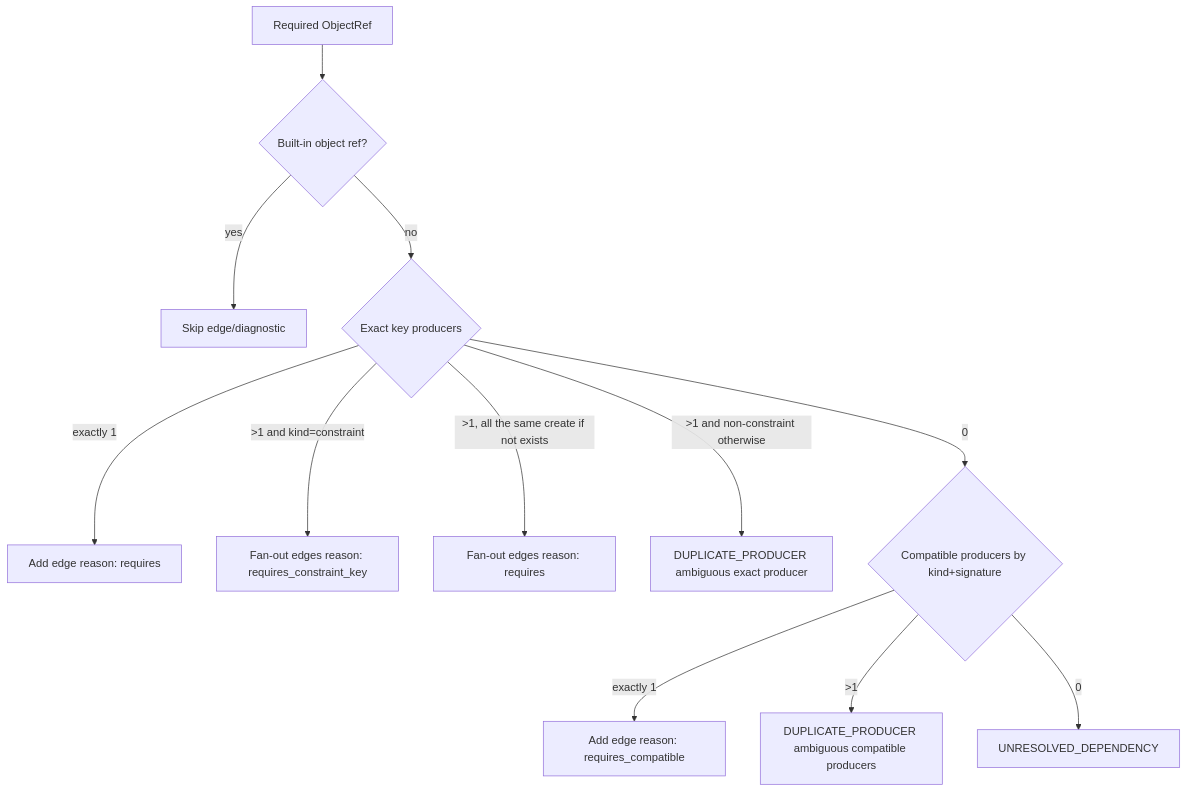
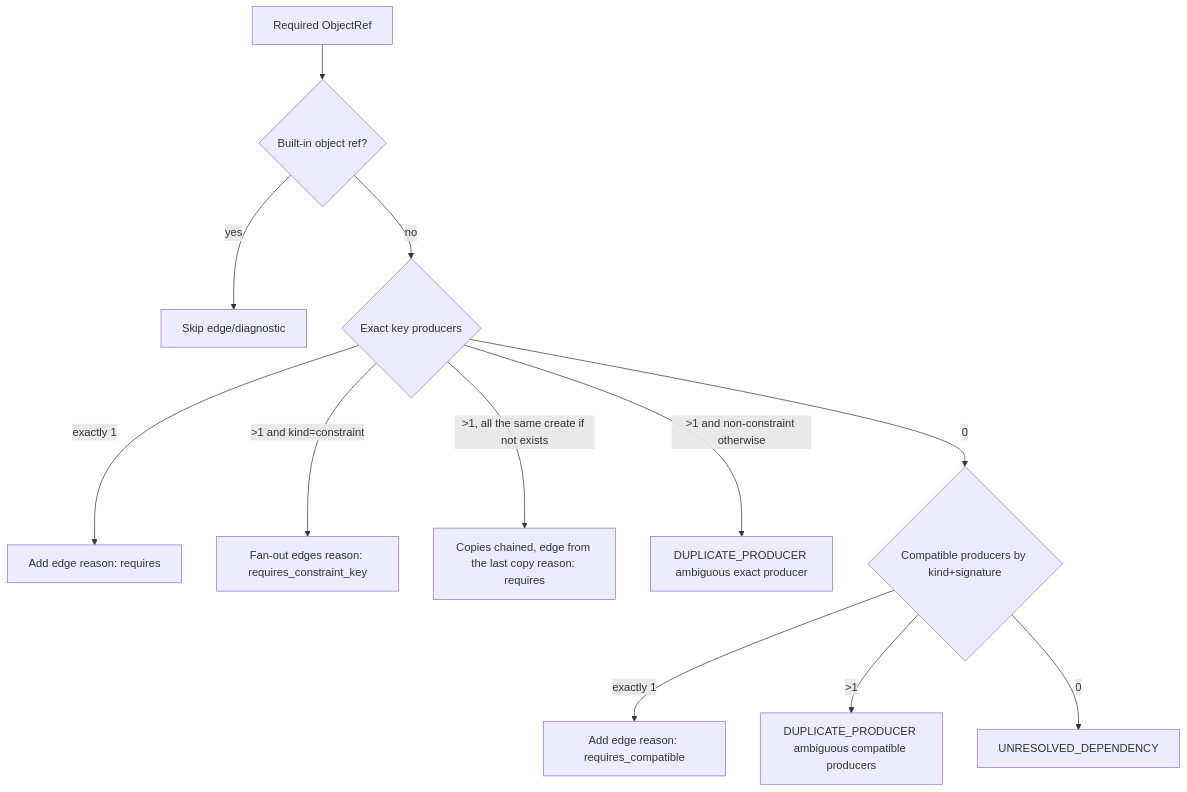
One commit to supabase/pg-toolbelt changed the second of 3 diagrams in packages/pg-topo/docs/architecture.md. Above: the diagram before and after it, drawn with Mermaid. The commit also changed 2 other files, not shown here.

Commit message:
fix(pg-topo): chain repeated copies so edges stay linear

````diff
--- a/packages/pg-topo/docs/architecture.md
+++ b/packages/pg-topo/docs/architecture.md
@@ -153,16 +153,16 @@
 ```mermaid
 flowchart TD
   req[Required ObjectRef] --> builtin{Built-in object ref?}
   builtin -->|yes| skip[Skip edge/diagnostic]
   builtin -->|no| exact{Exact key producers}
 
   exact -->|exactly 1| edgeExact[Add edge reason: requires]
   exact -->|>1 and kind=constraint| edgeConstraint[Fan-out edges reason: requires_constraint_key]
-  exact -->|>1, all the same create if not exists| edgeRepeated[Fan-out edges reason: requires]
+  exact -->|>1, all the same create if not exists| edgeRepeated[Copies chained, edge from the last copy reason: requires]
   exact -->|>1 and non-constraint otherwise| dupExact[DUPLICATE_PRODUCER ambiguous exact producer]
   exact -->|0| compat{Compatible producers by kind+signature}
 
   compat -->|exactly 1| edgeCompat[Add edge reason: requires_compatible]
   compat -->|>1| dupCompat[DUPLICATE_PRODUCER ambiguous compatible producers]
   compat -->|0| unresolved[UNRESOLVED_DEPENDENCY]
 ```
````
